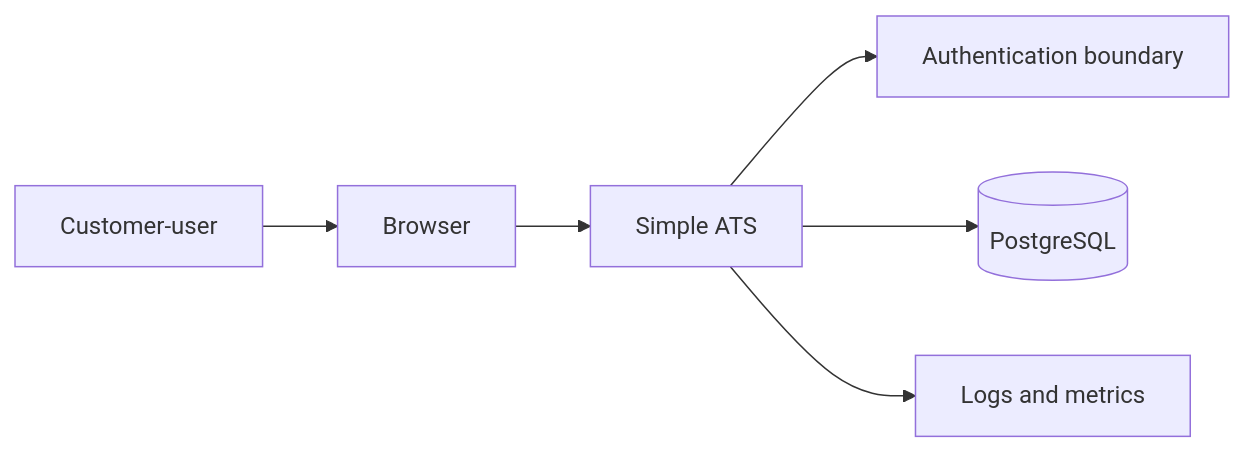
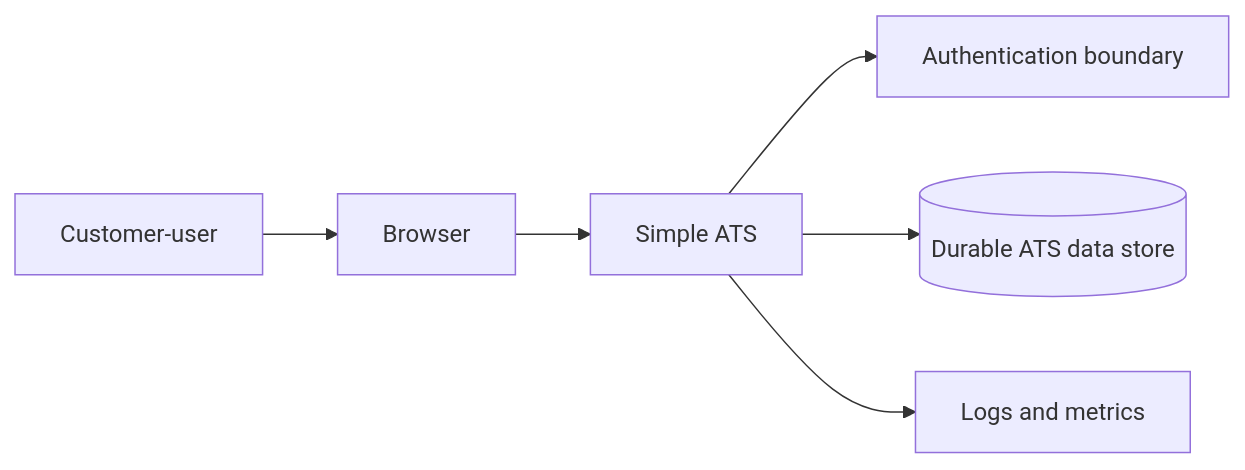
Before and after one commit to andreigavrila/ai-builder-platform: the first of 3 diagrams in .agents/blueprints/simple-ats/01-core/03-architecture.md, drawn with Mermaid. The commit also changed other lines of this file, not shown here.

Commit message:
docs(blueprints): refine simple ATS architecture blueprint

````diff
--- a/.agents/blueprints/simple-ats/01-core/03-architecture.md
+++ b/.agents/blueprints/simple-ats/01-core/03-architecture.md
@@ -78,8 +89,8 @@
 ```mermaid
 flowchart LR
   User[Customer-user] --> Browser[Browser]
   Browser --> ATS[Simple ATS]
   ATS --> Auth[Authentication boundary]
-  ATS --> DB[(PostgreSQL)]
+  ATS --> DB[(Durable ATS data store)]
   ATS --> Logs[Logs and metrics]
 ```
````
